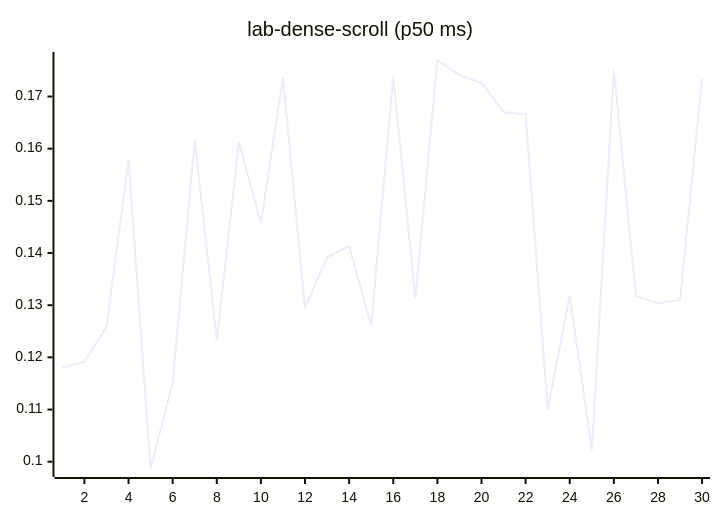
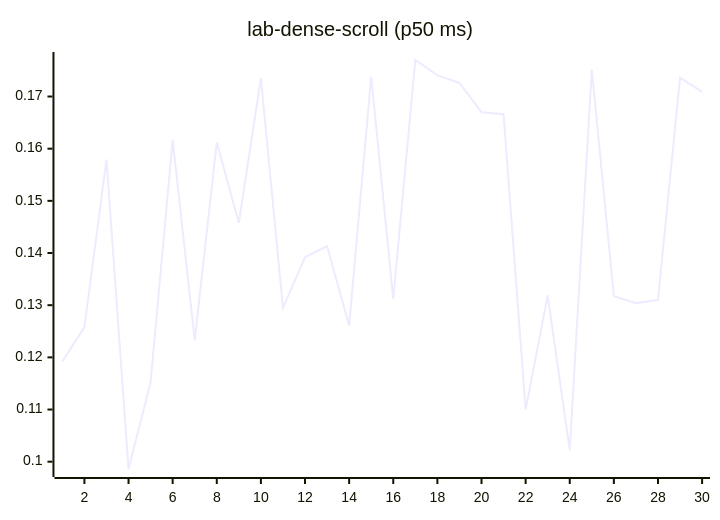
Diagram 12 of 27 in README.md (josha/Facet), drawn with Mermaid before and after one commit. The commit also changed other lines of this file and 2 other files, not shown here.

````diff
--- a/README.md
+++ b/README.md
@@ -140,6 +140,6 @@
 ```mermaid
 xychart-beta
     title "lab-dense-scroll (p50 ms)"
     x-axis 1 --> 30
-    line [0.1180, 0.1192, 0.1258, 0.1579, 0.0986, 0.1152, 0.1617, 0.1233, 0.1612, 0.1458, 0.1735, 0.1295, 0.1392, 0.1413, 0.1261, 0.1738, 0.1312, 0.1770, 0.1741, 0.1726, 0.1670, 0.1666, 0.1100, 0.1319, 0.1022, 0.1752, 0.1317, 0.1304, 0.1310, 0.1736]
+    line [0.1192, 0.1258, 0.1579, 0.0986, 0.1152, 0.1617, 0.1233, 0.1612, 0.1458, 0.1735, 0.1295, 0.1392, 0.1413, 0.1261, 0.1738, 0.1312, 0.1770, 0.1741, 0.1726, 0.1670, 0.1666, 0.1100, 0.1319, 0.1022, 0.1752, 0.1317, 0.1304, 0.1310, 0.1736, 0.1709]
 ```
````
